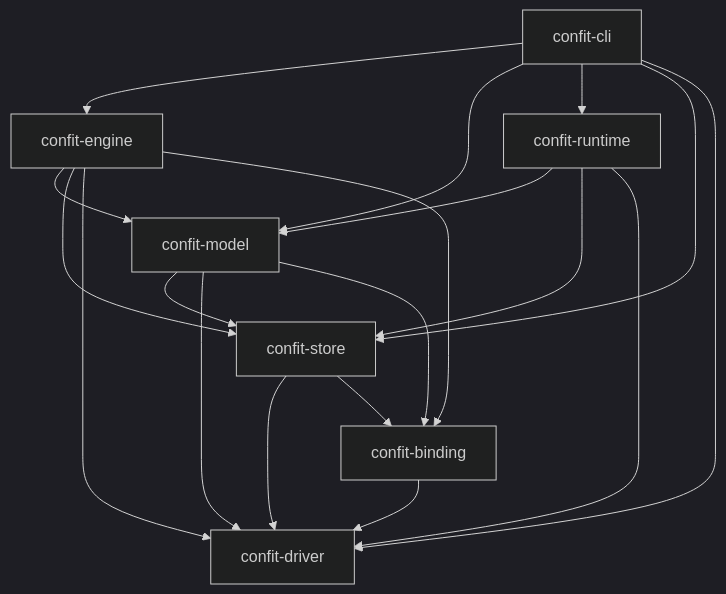
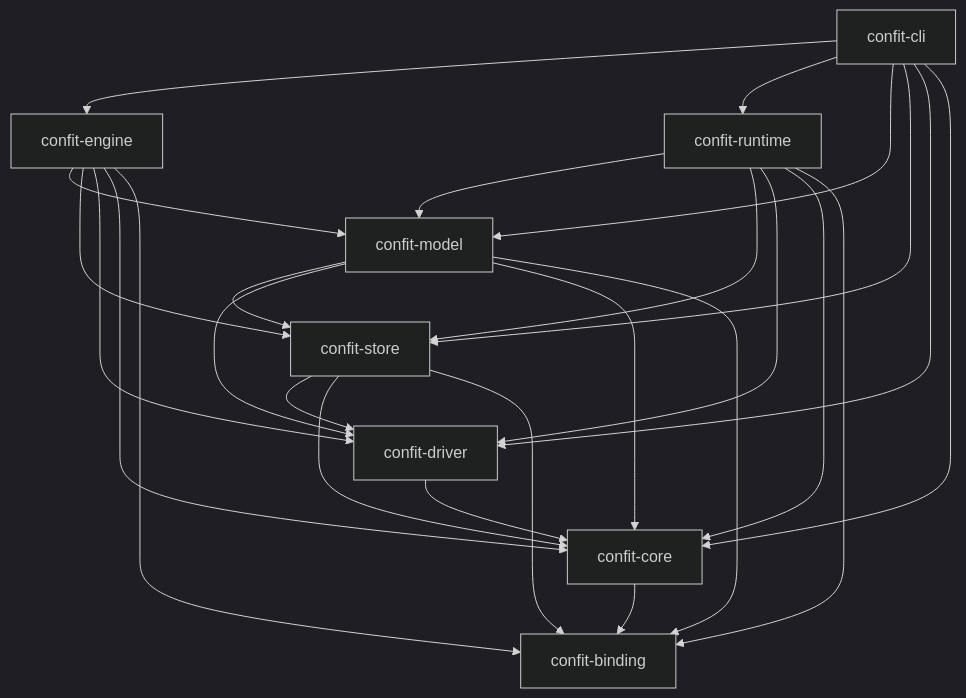
Before and after one commit to SolracHQ/confit: the diagram in docs/architecture.md, drawn with Mermaid (dark theme). The commit also changed other lines of this file and 152 other files, not shown here.

````diff
--- a/docs/architecture.md
+++ b/docs/architecture.md
@@ -5,21 +160,28 @@
 ```mermaid
 graph TD
     cli["confit-cli"] --> engine["confit-engine"]
+    cli --> runtime["confit-runtime"]
     cli --> model["confit-model"]
-    cli --> runtime["confit-runtime"]
     cli --> store["confit-store"]
     cli --> driver["confit-driver"]
+    cli --> core["confit-core"]
     engine --> model
     engine --> store
     engine --> driver
+    engine --> core
     engine --> binding["confit-binding"]
     runtime --> model
     runtime --> store
     runtime --> driver
+    runtime --> core
+    runtime --> binding
     model --> store
     model --> driver
+    model --> core
     model --> binding
     store --> driver
+    store --> core
     store --> binding
-    binding --> driver
+    driver --> core
+    core --> binding
 ```
````
